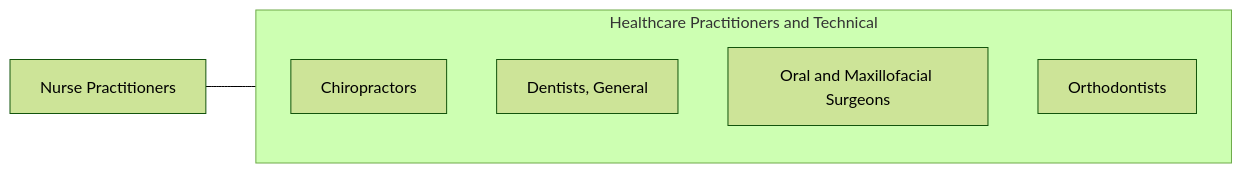
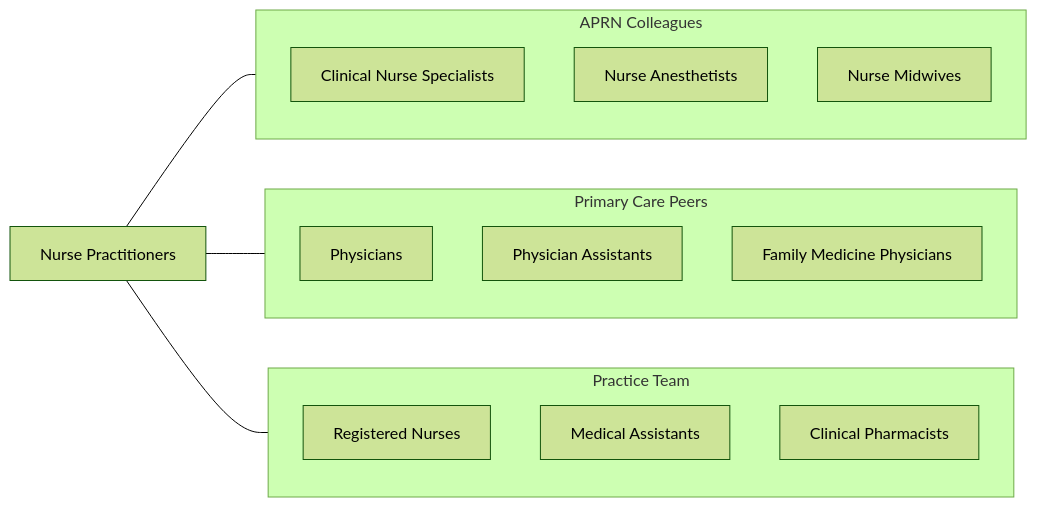
One commit to kziemski/business.org.ai changed the fourth of 4 diagrams in occupations/HealthcarePractitioners/NursePractitioners.mdx. Above: the diagram before and after it, drawn with Mermaid (forest theme). The commit also changed other lines of this file and 938 other files, not shown here.

````diff
--- a/occupations/HealthcarePractitioners/NursePractitioners.mdx
+++ b/occupations/HealthcarePractitioners/NursePractitioners.mdx
@@ -129,13 +221,26 @@
 ```mermaid
 graph LR
     Current["Nurse Practitioners"]
 
-    subgraph SameCategory["Healthcare Practitioners and Technical"]
-        Chiropractors["Chiropractors"]
-        DentistsGeneral["Dentists, General"]
-        OralAndMaxillofacial["Oral and Maxillofacial Surgeons"]
-        Orthodontists["Orthodontists"]
+    subgraph APRNPeers["APRN Colleagues"]
+        CNS["Clinical Nurse Specialists"]
+        CRNA["Nurse Anesthetists"]
+        CNM["Nurse Midwives"]
     end
 
-    Current --- SameCategory
+    subgraph PrimaryCarePeers["Primary Care Peers"]
+        Physicians["Physicians"]
+        PA["Physician Assistants"]
+        FamMed["Family Medicine Physicians"]
+    end
+
+    subgraph Support["Practice Team"]
+        RN["Registered Nurses"]
+        MA["Medical Assistants"]
+        Pharmacists["Clinical Pharmacists"]
+    end
+
+    Current --- APRNPeers
+    Current --- PrimaryCarePeers
+    Current --- Support
 ```
````
